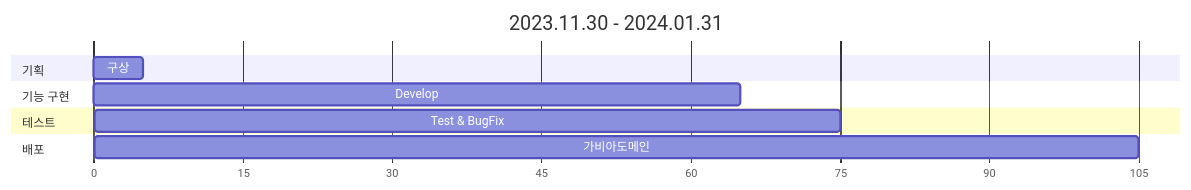
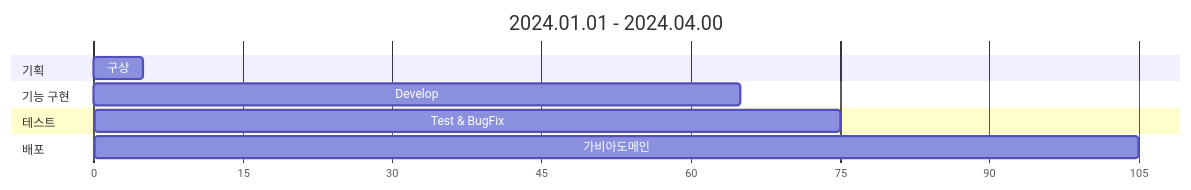
The diagram in README.md (sujins0311/Board), drawn with Mermaid before and after one commit.

````diff
--- a/README.md
+++ b/README.md
@@ -95,14 +95,14 @@
 ```mermaid
 gantt
-    title 2023.11.30 - 2024.01.31
+    title 2024.01.01 - 2024.04.00
     dateFormat X
     axisFormat %s
     section 기획
         구상: 0, 5
     section 기능 구현
         Develop: 5, 65
     section 테스트
         Test & BugFix: 65, 75
     section 배포
         가비아도메인: 75, 105
 ```
````
